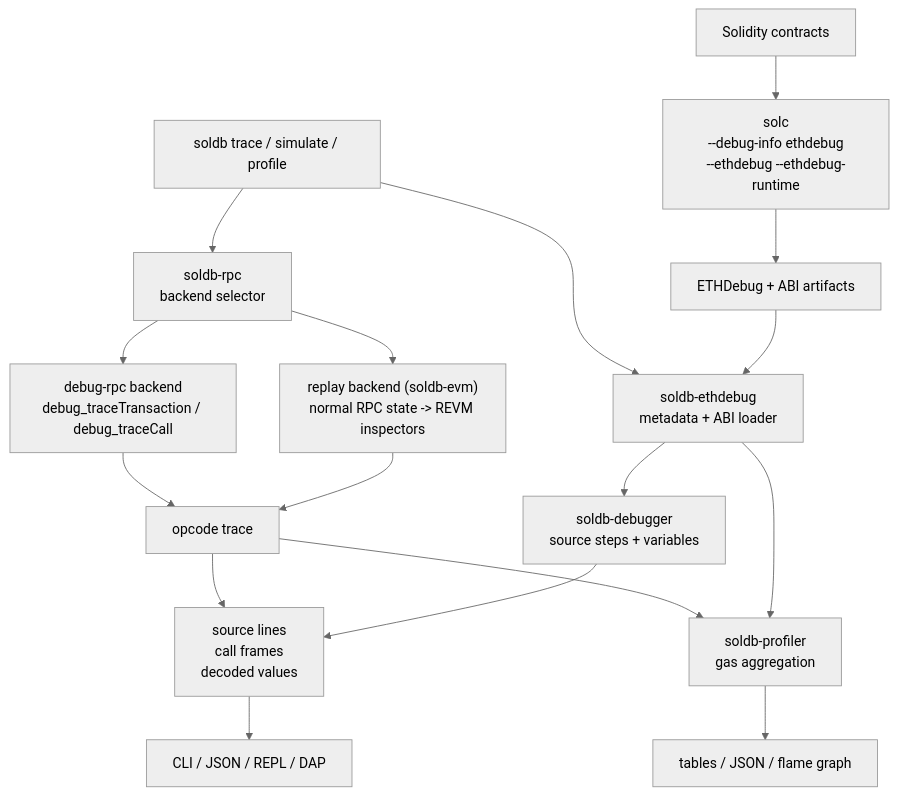
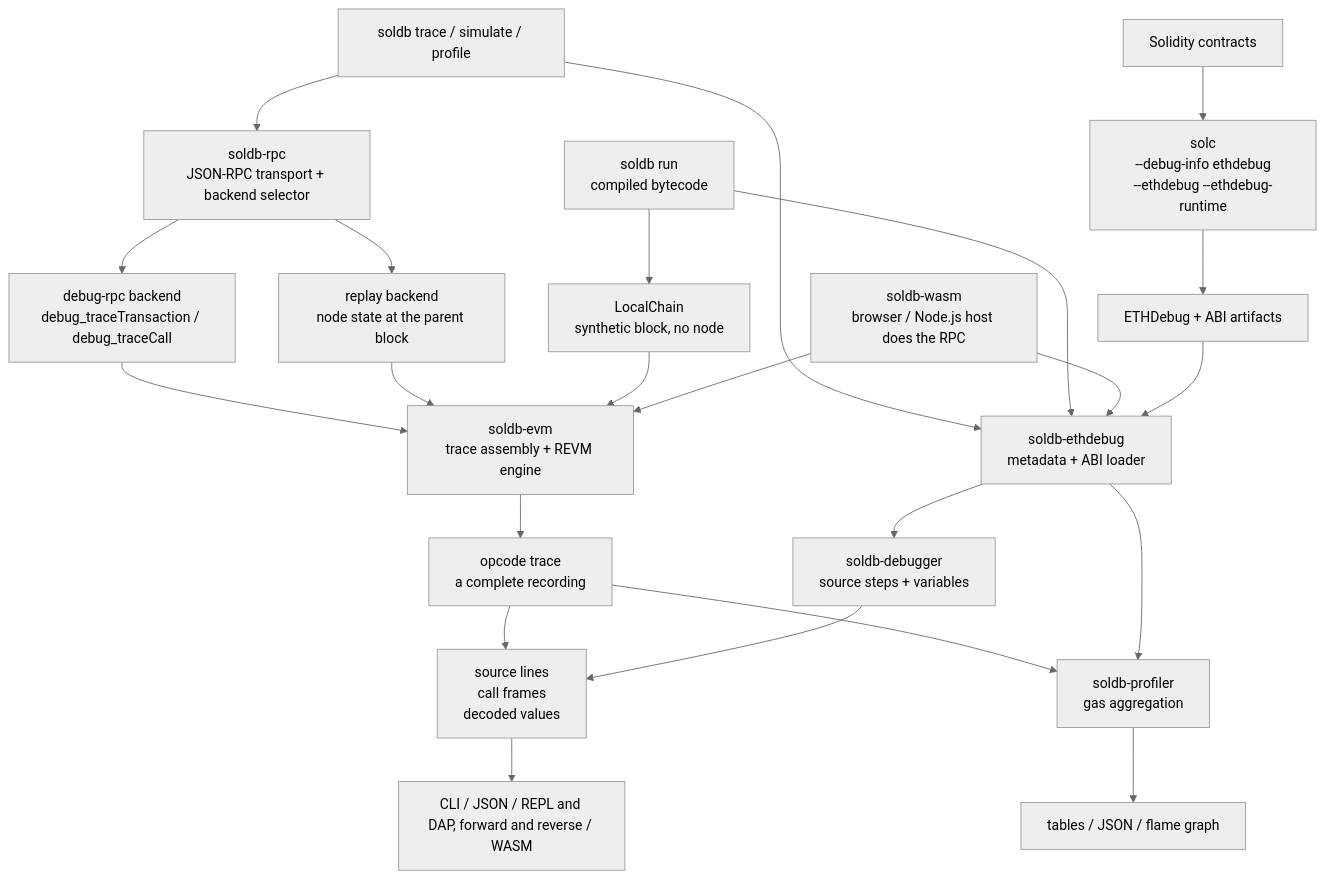
Before and after one commit to walnuthq/soldb: the diagram in README.md, drawn with Mermaid (neutral theme). The commit also changed other lines of this file, not shown here.

Commit message:
docs: Update the README features and diagram
The diagram predated `soldb run`, the WebAssembly host, and the engine
crate, and the feature list still described replay as a convenience for
local Anvil transactions. Both now show what ships: every path, whether
the node traced, replay read its state, a browser fetched it, or a local
chain was described on the command line, ends in soldb-evm and produces
the same recording, which the REPL and the DAP server step through in
both directions.

````diff
--- a/README.md
+++ b/README.md
@@ -177,22 +182,28 @@
 ```mermaid
 flowchart TD
     contracts["Solidity contracts"] --> solc["solc<br/>--debug-info ethdebug<br/>--ethdebug --ethdebug-runtime"]
     solc --> artifacts["ETHDebug + ABI artifacts"]
 
     cli["soldb trace / simulate / profile"] --> metadata["soldb-ethdebug<br/>metadata + ABI loader"]
+    run["soldb run<br/>compiled bytecode"] --> metadata
+    wasm["soldb-wasm<br/>browser / Node.js host does the RPC"] --> metadata
     artifacts --> metadata
 
-    cli --> selector["soldb-rpc<br/>backend selector"]
+    cli --> selector["soldb-rpc<br/>JSON-RPC transport + backend selector"]
     selector --> debug_rpc["debug-rpc backend<br/>debug_traceTransaction / debug_traceCall"]
-    selector --> replay["replay backend (soldb-evm)<br/>normal RPC state -> REVM inspectors"]
+    selector --> replay["replay backend<br/>node state at the parent block"]
+    run --> local["LocalChain<br/>synthetic block, no node"]
 
-    debug_rpc --> opcode_trace["opcode trace"]
-    replay --> opcode_trace
+    debug_rpc --> engine["soldb-evm<br/>trace assembly + REVM engine"]
+    replay --> engine
+    local --> engine
+    wasm --> engine
+    engine --> opcode_trace["opcode trace<br/>a complete recording"]
     metadata --> debugger["soldb-debugger<br/>source steps + variables"]
     opcode_trace --> enriched
     debugger --> enriched["source lines<br/>call frames<br/>decoded values"]
-    enriched --> outputs["CLI / JSON / REPL / DAP"]
+    enriched --> outputs["CLI / JSON / REPL and DAP, forward and reverse / WASM"]
     opcode_trace --> profiler["soldb-profiler<br/>gas aggregation"]
     metadata --> profiler
     profiler --> profile_outputs["tables / JSON / flame graph"]
 ```
````
